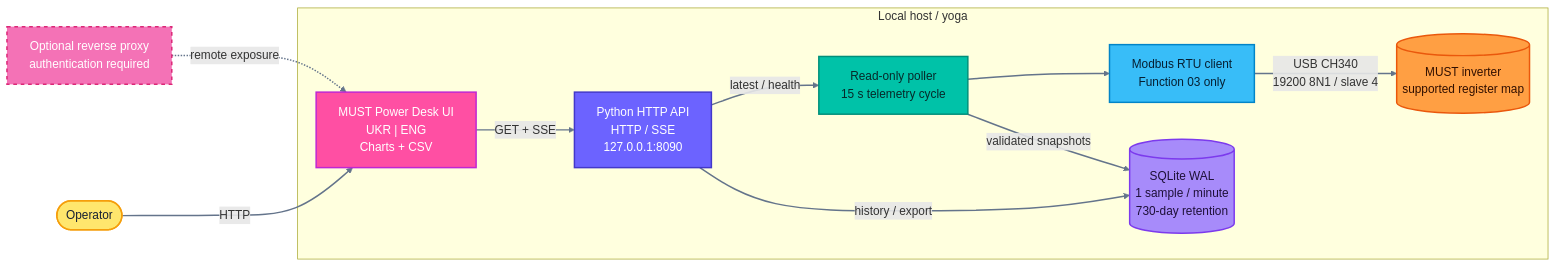
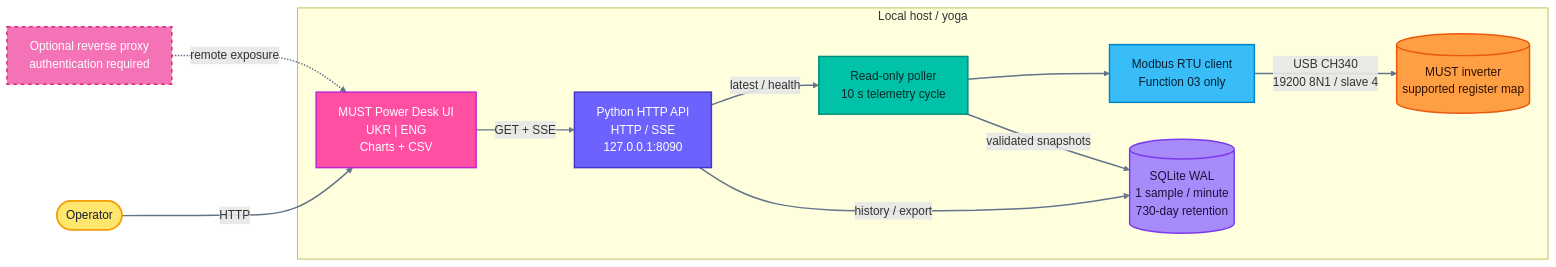
The diagram in README.md (weby-homelab/Must-Inverter-Dashboard), drawn with Mermaid before and after one commit. The commit also changed other lines of this file and 8 other files, not shown here.

````diff
--- a/README.md
+++ b/README.md
@@ -67,32 +69,32 @@
 ```mermaid
 flowchart LR
     operator([Operator]):::actor -->|HTTP| ui
 
     subgraph host["Local host / yoga"]
         ui["MUST Power Desk UI<br/>UKR | ENG<br/>Charts + CSV"]:::ui
         api["Python HTTP API<br/>HTTP / SSE<br/>127.0.0.1:8090"]:::api
-        poller["Read-only poller<br/>15 s telemetry cycle"]:::poller
+        poller["Read-only poller<br/>10 s telemetry cycle"]:::poller
         modbus["Modbus RTU client<br/>Function 03 only"]:::modbus
         device[("MUST inverter<br/>supported register map")]:::device
         db[("SQLite WAL<br/>1 sample / minute<br/>730-day retention")]:::data
 
         ui -->|GET + SSE| api
         api -->|latest / health| poller
         api -->|history / export| db
         poller -->|validated snapshots| db
         poller --> modbus
         modbus -->|USB CH340<br/>19200 8N1 / slave 4| device
     end
 
     proxy["Optional reverse proxy<br/>authentication required"]:::proxy -.->|remote exposure| ui
 
     classDef actor fill:#FFE66D,stroke:#F59E0B,color:#172033,stroke-width:2px;
     classDef ui fill:#FF4FA3,stroke:#C026D3,color:#FFFFFF,stroke-width:2px;
     classDef api fill:#6C63FF,stroke:#4338CA,color:#FFFFFF,stroke-width:2px;
     classDef poller fill:#00C2A8,stroke:#008F7A,color:#062A2A,stroke-width:2px;
     classDef modbus fill:#38BDF8,stroke:#0284C7,color:#062033,stroke-width:2px;
     classDef device fill:#FF9F43,stroke:#EA580C,color:#321000,stroke-width:2px;
     classDef data fill:#A78BFA,stroke:#7C3AED,color:#1E1038,stroke-width:2px;
     classDef proxy fill:#F472B6,stroke:#DB2777,color:#FFFFFF,stroke-width:2px,stroke-dasharray:5 5;
     linkStyle default stroke:#64748B,stroke-width:2px;
 ```
````
